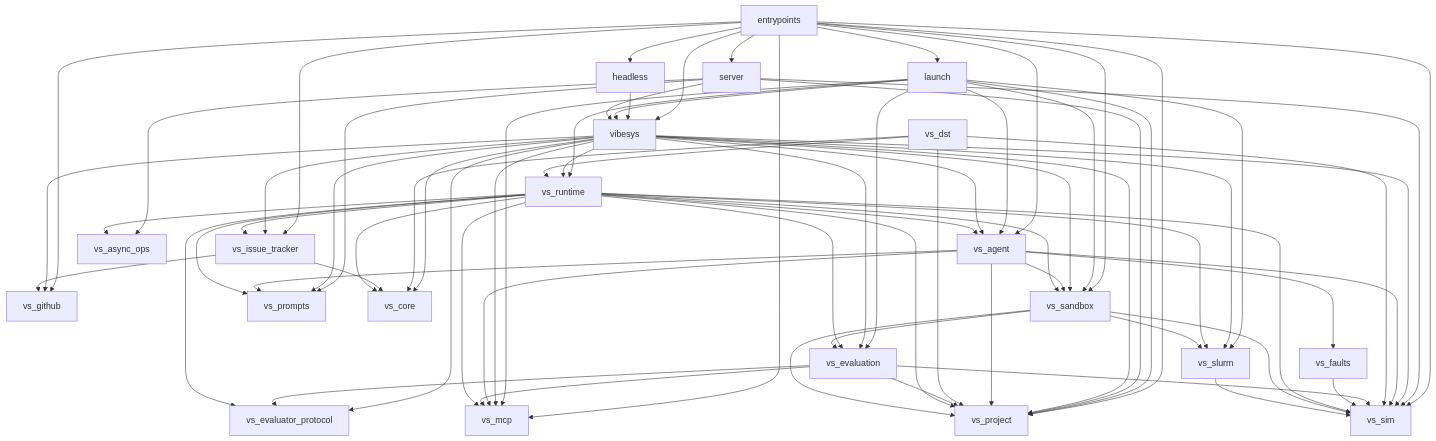
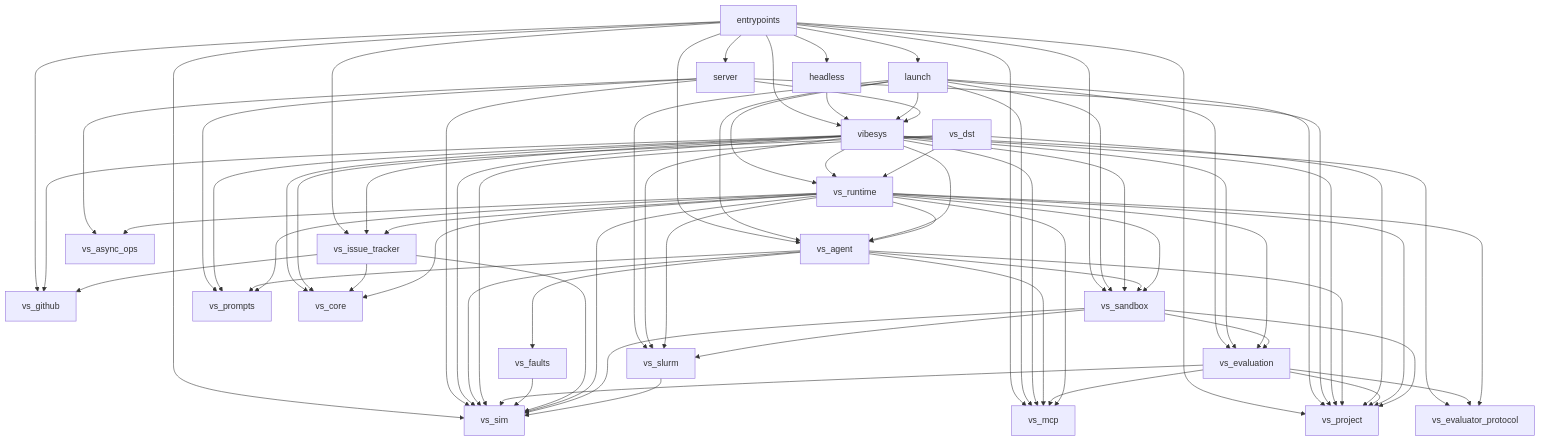
Before and after one commit to 6Mikao9/vibesys: the diagram in docs/contributing/architecture.md, drawn with Mermaid. The commit also changed 10 other files, not shown here.

First line of the commit message:
fix(vs-issue-tracker): stamp issue events from an injected clock (#2396)

````diff
--- a/docs/contributing/architecture.md
+++ b/docs/contributing/architecture.md
@@ -128,75 +128,76 @@
 ```mermaid
 graph TD
     entrypoints --> headless
     entrypoints --> launch
     entrypoints --> server
     entrypoints --> vibesys
     entrypoints --> vs_agent
     entrypoints --> vs_github
     entrypoints --> vs_issue_tracker
     entrypoints --> vs_mcp
     entrypoints --> vs_project
     entrypoints --> vs_sandbox
     entrypoints --> vs_sim
     headless --> vibesys
     launch --> vibesys
     launch --> vs_agent
     launch --> vs_evaluation
     launch --> vs_mcp
     launch --> vs_project
     launch --> vs_runtime
     launch --> vs_sandbox
     launch --> vs_slurm
     server --> vibesys
     server --> vs_async_ops
     server --> vs_project
     server --> vs_prompts
     server --> vs_sim
     vibesys --> vs_agent
     vibesys --> vs_core
     vibesys --> vs_evaluation
     vibesys --> vs_evaluator_protocol
     vibesys --> vs_github
     vibesys --> vs_issue_tracker
     vibesys --> vs_mcp
     vibesys --> vs_project
     vibesys --> vs_prompts
     vibesys --> vs_runtime
     vibesys --> vs_sandbox
     vibesys --> vs_sim
     vibesys --> vs_slurm
     vs_agent --> vs_faults
     vs_agent --> vs_mcp
     vs_agent --> vs_project
     vs_agent --> vs_prompts
     vs_agent --> vs_sandbox
     vs_agent --> vs_sim
     vs_dst --> vs_core
     vs_dst --> vs_project
     vs_dst --> vs_runtime
     vs_dst --> vs_sim
     vs_evaluation --> vs_evaluator_protocol
     vs_evaluation --> vs_mcp
     vs_evaluation --> vs_project
     vs_evaluation --> vs_sim
     vs_faults --> vs_sim
     vs_issue_tracker --> vs_core
     vs_issue_tracker --> vs_github
+    vs_issue_tracker --> vs_sim
     vs_runtime --> vs_agent
     vs_runtime --> vs_async_ops
     vs_runtime --> vs_core
     vs_runtime --> vs_evaluation
     vs_runtime --> vs_evaluator_protocol
     vs_runtime --> vs_issue_tracker
     vs_runtime --> vs_mcp
     vs_runtime --> vs_project
     vs_runtime --> vs_prompts
     vs_runtime --> vs_sandbox
     vs_runtime --> vs_sim
     vs_runtime --> vs_slurm
     vs_sandbox --> vs_evaluation
     vs_sandbox --> vs_project
     vs_sandbox --> vs_sim
     vs_sandbox --> vs_slurm
     vs_slurm --> vs_sim
 ```
````
